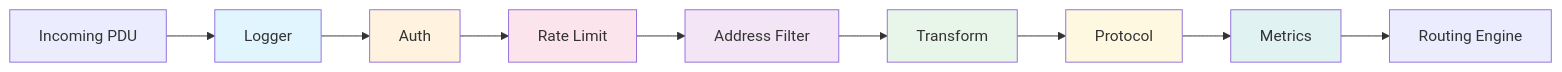
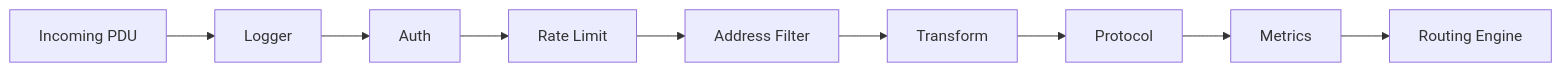
The eighth of 15 diagrams in DESIGN.md (getkatembe/incubator-smppd), drawn with Mermaid before and after one commit.

Commit message:
Remove diagram color styles

````diff
--- a/DESIGN.md
+++ b/DESIGN.md
@@ -999,19 +999,11 @@
 ```mermaid
 flowchart LR
     IN[Incoming PDU] --> A[Logger]
     A --> B[Auth]
     B --> C[Rate Limit]
     C --> D[Address Filter]
     D --> E[Transform]
     E --> F[Protocol]
     F --> G[Metrics]
     G --> OUT[Routing Engine]
-
-    style A fill:#e1f5fe
-    style B fill:#fff3e0
-    style C fill:#fce4ec
-    style D fill:#f3e5f5
-    style E fill:#e8f5e9
-    style F fill:#fff8e1
-    style G fill:#e0f2f1
 ```
````
